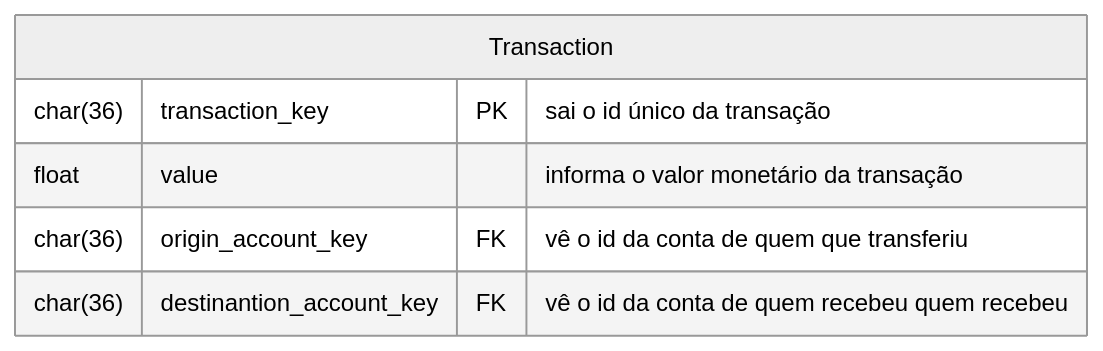
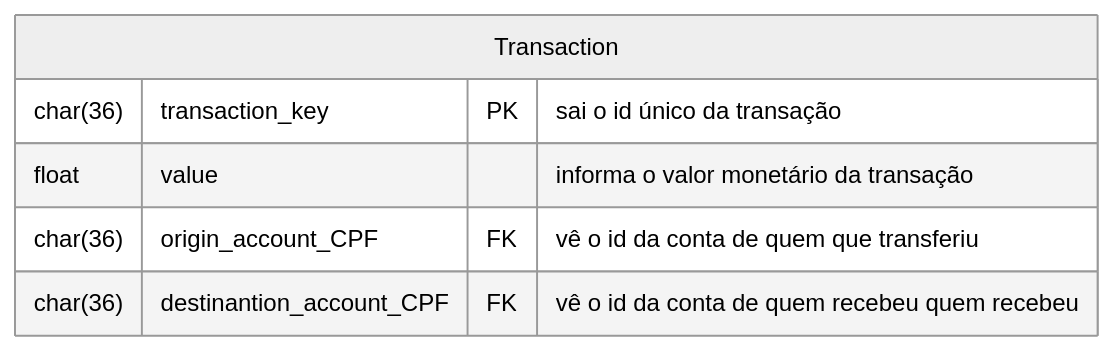
One commit to CarlosNeto242/bootcamp-qitech-projeto314 changed the diagram in rascunho_rfc_neto.md. Above: the diagram before and after it, drawn with Mermaid (neutral theme). The commit also changed other lines of this file and 1 other file, not shown here.

Commit message:
Tabela da entidade Transaction, juntamente com sua rota, colocada no RFC

````diff
--- a/rascunho_rfc_neto.md
+++ b/rascunho_rfc_neto.md
@@ -2,10 +2,9 @@
 ```mermaid
     erDiagram
         Transaction {
             char(36) transaction_key PK "sai o id único da transação"
             float value "informa o valor monetário da transação"
-            char(36) origin_account_key FK "vê o id da conta de quem que transferiu"
-            char(36) destinantion_account_key FK "vê o id da conta de quem recebeu quem recebeu"
+            char(36) origin_account_CPF FK "vê o id da conta de quem que transferiu"
+            char(36) destinantion_account_CPF FK "vê o id da conta de quem recebeu quem recebeu"
         }
-
 ```
````
